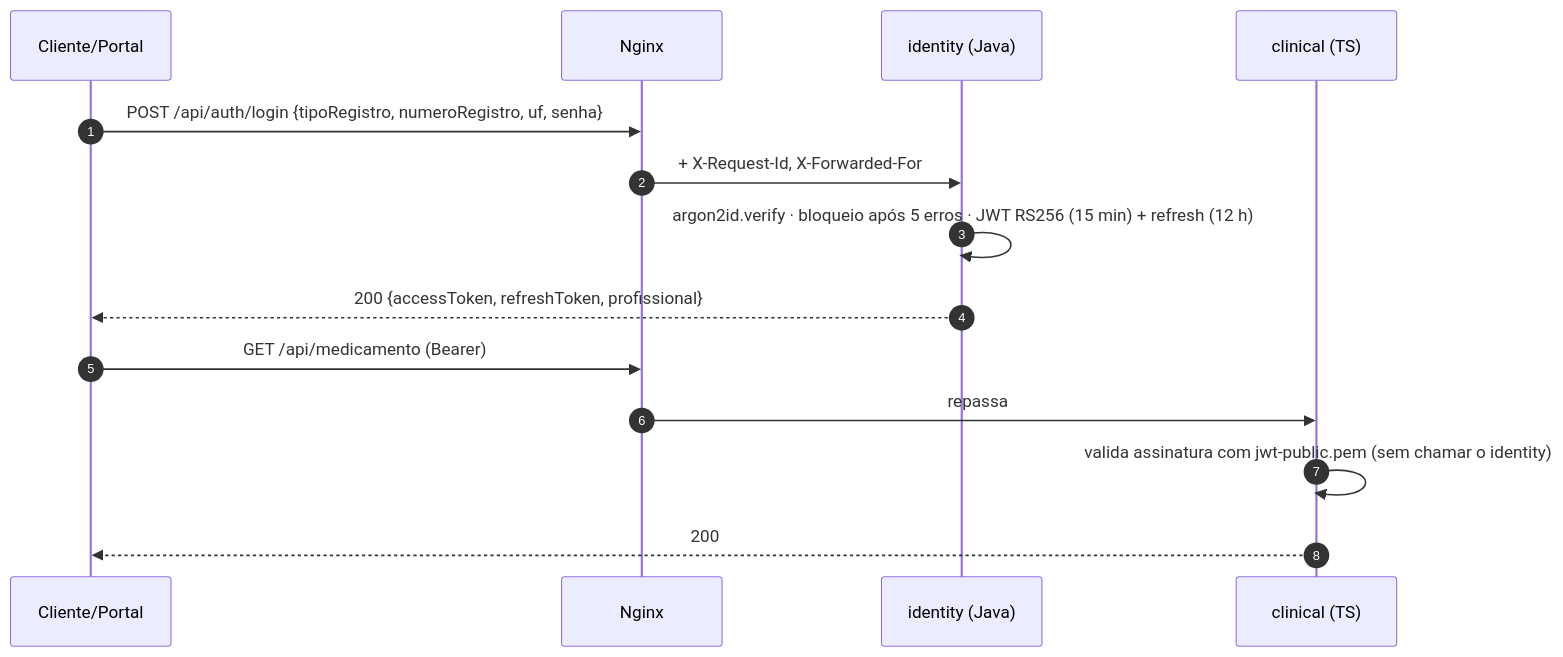
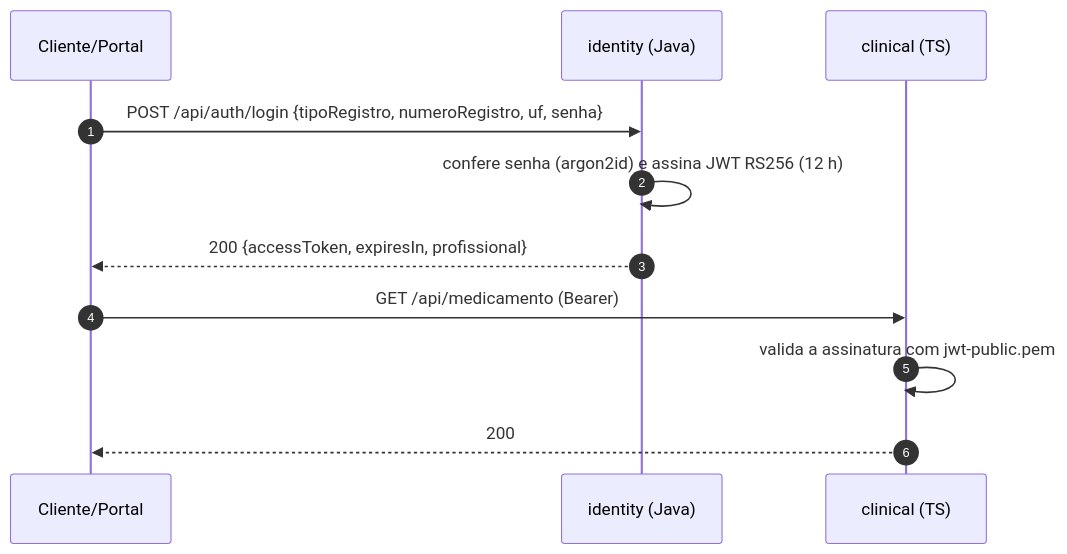
The fourth of 6 diagrams in docs/02-arquitetura.md (joaogehlen/MedicalField), drawn with Mermaid before and after one commit. The commit also changed other lines of this file and 40 other files, not shown here.

````diff
--- a/docs/02-arquitetura.md
+++ b/docs/02-arquitetura.md
@@ -133,16 +114,13 @@
 ```mermaid
 sequenceDiagram
     autonumber
     participant C as Cliente/Portal
-    participant G as Nginx
     participant I as identity (Java)
     participant K as clinical (TS)
-    C->>G: POST /api/auth/login {tipoRegistro, numeroRegistro, uf, senha}
-    G->>I: + X-Request-Id, X-Forwarded-For
-    I->>I: argon2id.verify · bloqueio após 5 erros · JWT RS256 (15 min) + refresh (12 h)
-    I-->>C: 200 {accessToken, refreshToken, profissional}
-    C->>G: GET /api/medicamento (Bearer)
-    G->>K: repassa
-    K->>K: valida assinatura com jwt-public.pem (sem chamar o identity)
+    C->>I: POST /api/auth/login {tipoRegistro, numeroRegistro, uf, senha}
+    I->>I: confere senha (argon2id) e assina JWT RS256 (12 h)
+    I-->>C: 200 {accessToken, expiresIn, profissional}
+    C->>K: GET /api/medicamento (Bearer)
+    K->>K: valida a assinatura com jwt-public.pem
     K-->>C: 200
 ```
````
